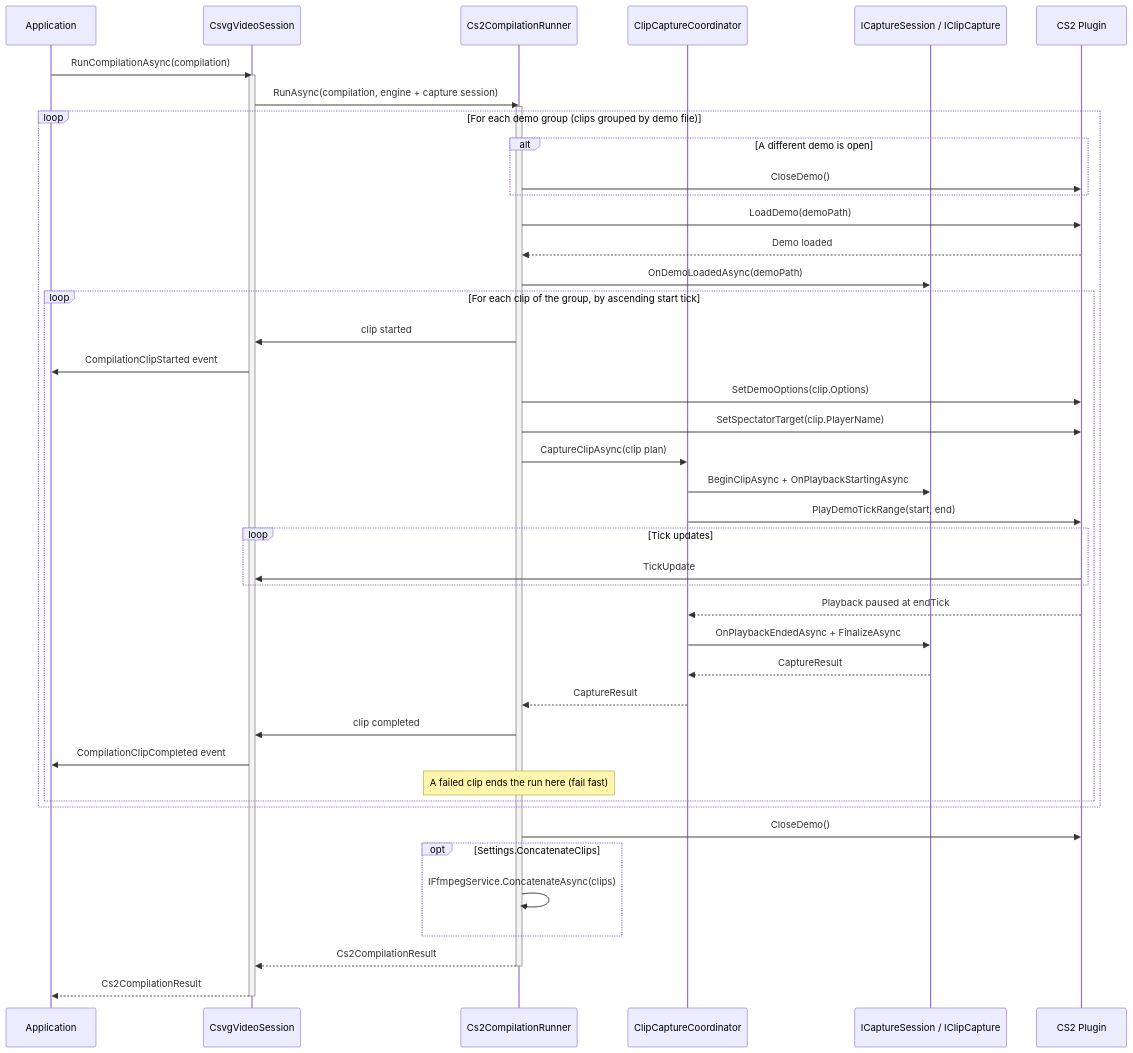
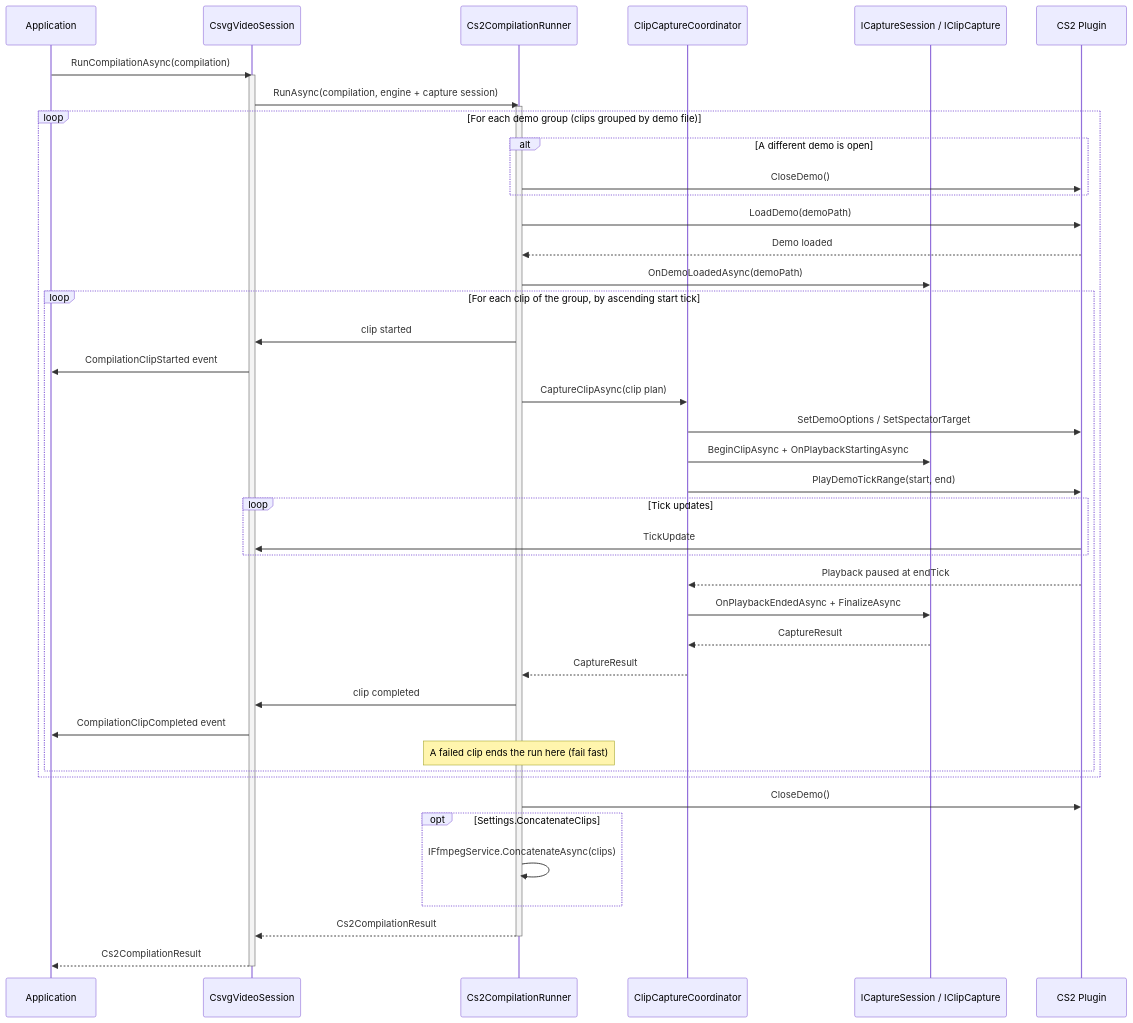
One commit to CS2OpenDev/CS2VideoGenerator changed the third of 7 diagrams in docs/sequence-diagrams.md. Above: the diagram before and after it, drawn with Mermaid. The commit also changed other lines of this file and 31 other files, not shown here.

````diff
--- a/docs/sequence-diagrams.md
+++ b/docs/sequence-diagrams.md
@@ -141,56 +142,55 @@
 ```mermaid
 sequenceDiagram
     participant Consumer as Application
     participant Session as CsvgVideoSession
     participant Runner as Cs2CompilationRunner
     participant Coord as ClipCaptureCoordinator
     participant Capture as ICaptureSession / IClipCapture
     participant Plugin as CS2 Plugin
 
     Consumer->>Session: RunCompilationAsync(compilation)
     activate Session
     Session->>Runner: RunAsync(compilation, engine + capture session)
     activate Runner
 
     loop For each demo group (clips grouped by demo file)
         alt A different demo is open
             Runner->>Plugin: CloseDemo()
         end
         Runner->>Plugin: LoadDemo(demoPath)
         Plugin-->>Runner: Demo loaded
         Runner->>Capture: OnDemoLoadedAsync(demoPath)
 
         loop For each clip of the group, by ascending start tick
             Runner->>Session: clip started
             Session->>Consumer: CompilationClipStarted event
 
-            Runner->>Plugin: SetDemoOptions(clip.Options)
-            Runner->>Plugin: SetSpectatorTarget(clip.PlayerName)
             Runner->>Coord: CaptureClipAsync(clip plan)
+            Coord->>Plugin: SetDemoOptions / SetSpectatorTarget
             Coord->>Capture: BeginClipAsync + OnPlaybackStartingAsync
             Coord->>Plugin: PlayDemoTickRange(start, end)
 
             loop Tick updates
                 Plugin->>Session: TickUpdate
             end
 
             Plugin-->>Coord: Playback paused at endTick
             Coord->>Capture: OnPlaybackEndedAsync + FinalizeAsync
             Capture-->>Coord: CaptureResult
             Coord-->>Runner: CaptureResult
 
             Runner->>Session: clip completed
             Session->>Consumer: CompilationClipCompleted event
             note over Runner: A failed clip ends the run here (fail fast)
         end
     end
 
     Runner->>Plugin: CloseDemo()
     opt Settings.ConcatenateClips
         Runner->>Runner: IFfmpegService.ConcatenateAsync(clips)
     end
     Runner-->>Session: Cs2CompilationResult
     deactivate Runner
     Session-->>Consumer: Cs2CompilationResult
     deactivate Session
 ```
````
